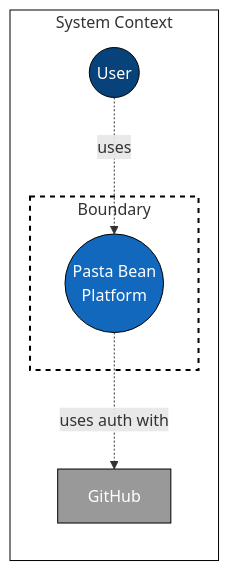
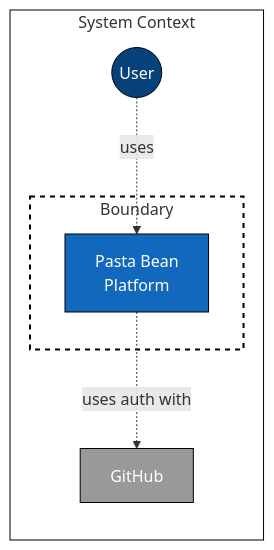
One commit to Daniil-Solo/PastaBeanPlatform changed the diagram in README.md. Above: the diagram before and after it, drawn with Mermaid.

Commit message:
correct style of System

````diff
--- a/README.md
+++ b/README.md
@@ -6,25 +6,25 @@
 ```mermaid
 graph LR
     %% C4 style classes c4model.com %%
     classDef person fill:#08427b,stroke:black,color:white;
     classDef mainSystem fill:#1168bd,stroke:black,color:white;
     classDef existingSystem fill:#999999,stroke:black,color:white;
     classDef boundary fill:white,stroke:black,stroke-width:2px,stroke-dasharray: 5 5;
     classDef frame fill:white,stroke:black;
 
     %% nodes %%
     Person((User)):::person
-    MainSystem((Pasta Bean <br>Platform)):::mainSystem
+    MainSystem[Pasta Bean <br>Platform]:::mainSystem
     ExistingSystem["GitHub"]:::existingSystem
 
     %% connections and boundaries %%
     subgraph Legend [System Context]
         Person-.->|uses| MainSystem
         subgraph Boundary
             MainSystem
         end
         MainSystem-.->|uses auth with| ExistingSystem
         class Boundary boundary
     end
     class Legend frame
 ```
````
